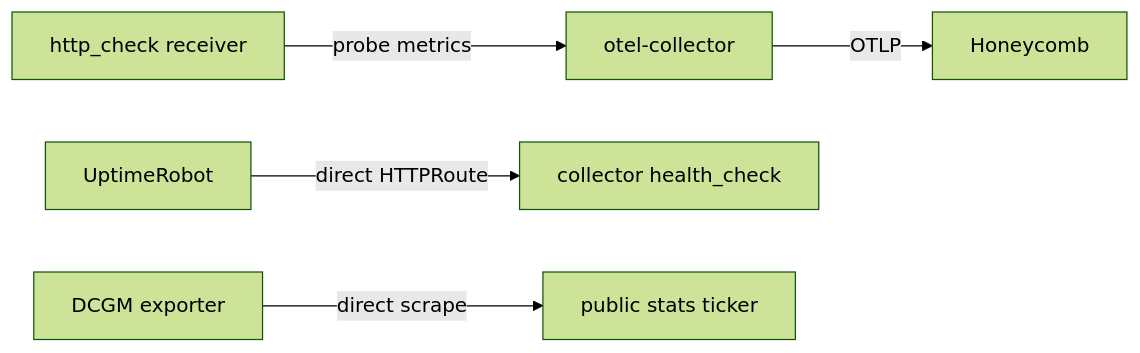
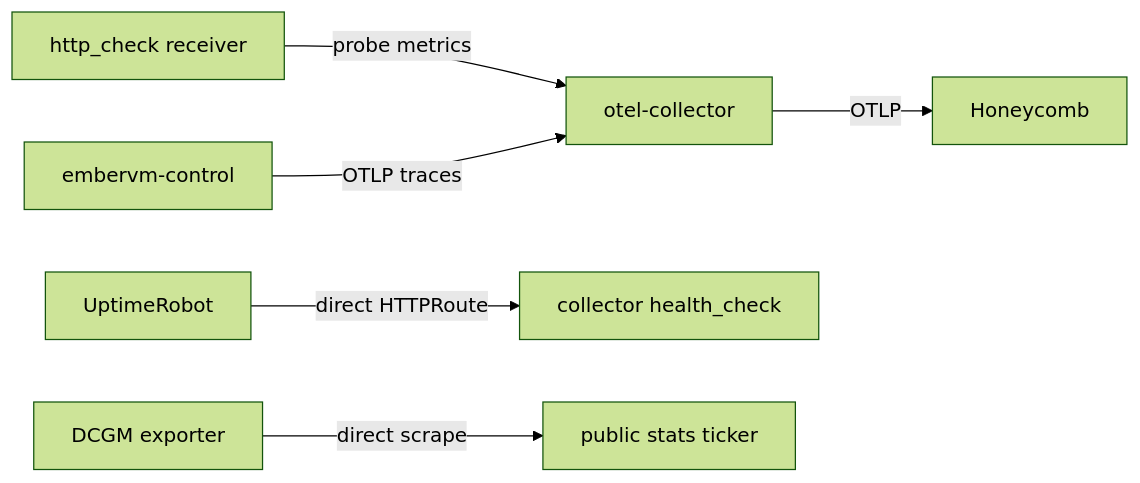
One commit to jomcgi-org/homelab changed the diagram in docs/observability.md. Above: the diagram before and after it, drawn with Mermaid (forest theme). The commit also changed other lines of this file and 8 other files, not shown here.

````diff
--- a/docs/observability.md
+++ b/docs/observability.md
@@ -9,7 +9,8 @@
 ```mermaid
 graph LR
     HC[http_check receiver] -->|probe metrics| OC[otel-collector]
+    EV[embervm-control] -->|OTLP traces| OC
     OC -->|OTLP| H[Honeycomb]
     UR[UptimeRobot] -->|direct HTTPRoute| HEALTH[collector health_check]
     DCGM[DCGM exporter] -->|direct scrape| STATS[public stats ticker]
 ```
````
